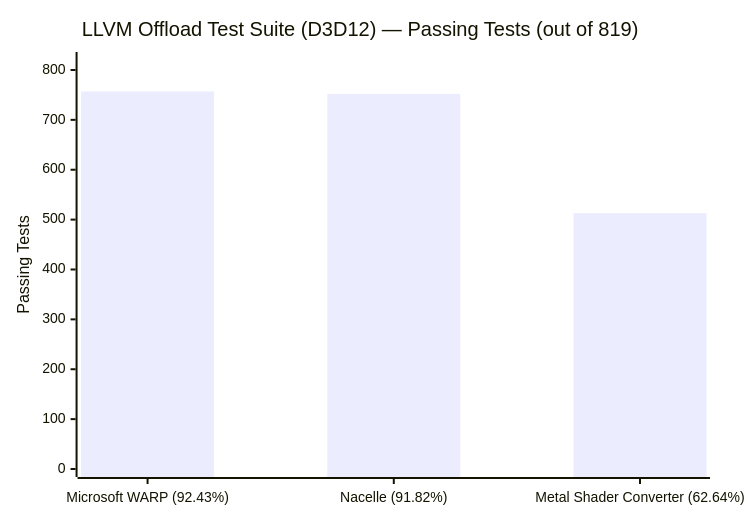
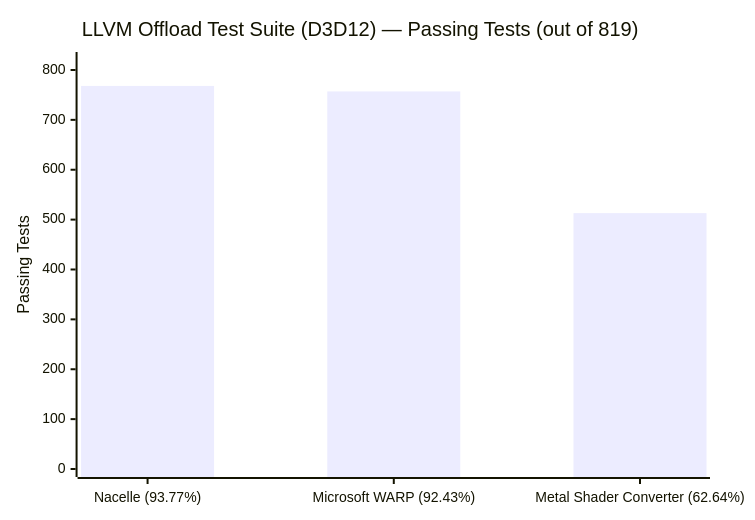
The second of 5 diagrams in README.md (farzonl/Nacelle), drawn with Mermaid before and after one commit. The commit also changed other lines of this file, not shown here.

````diff
--- a/README.md
+++ b/README.md
@@ -104,7 +121,7 @@
 ```mermaid
 xychart-beta
     title "LLVM Offload Test Suite (D3D12) — Passing Tests (out of 819)"
-    x-axis ["Microsoft WARP (92.43%)", "Nacelle (91.82%)", "Metal Shader Converter (62.64%)"]
+    x-axis ["Nacelle (93.77%)", "Microsoft WARP (92.43%)", "Metal Shader Converter (62.64%)"]
     y-axis "Passing Tests" 0 --> 820
-    bar [757, 752, 513]
+    bar [768, 757, 513]
 ```
````
